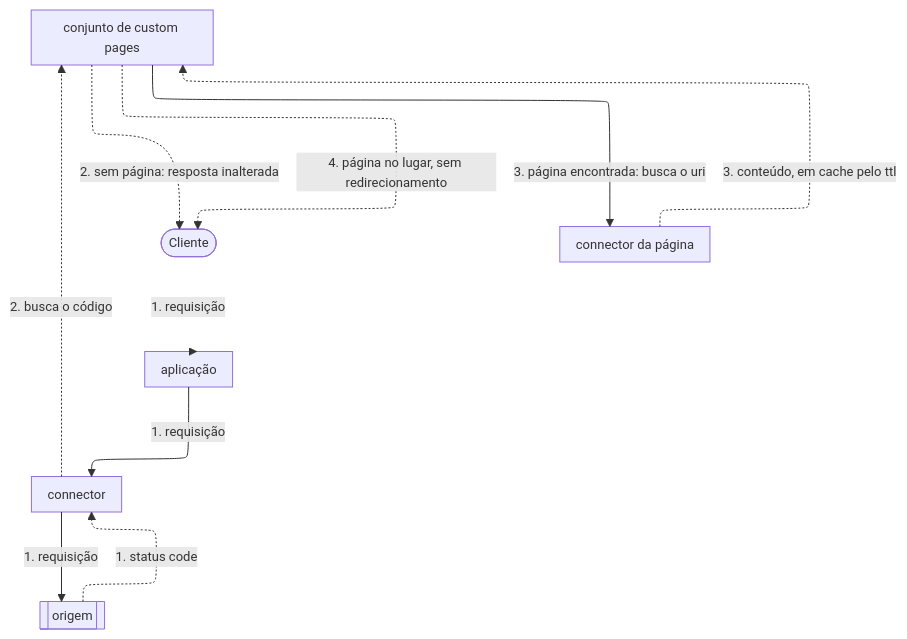
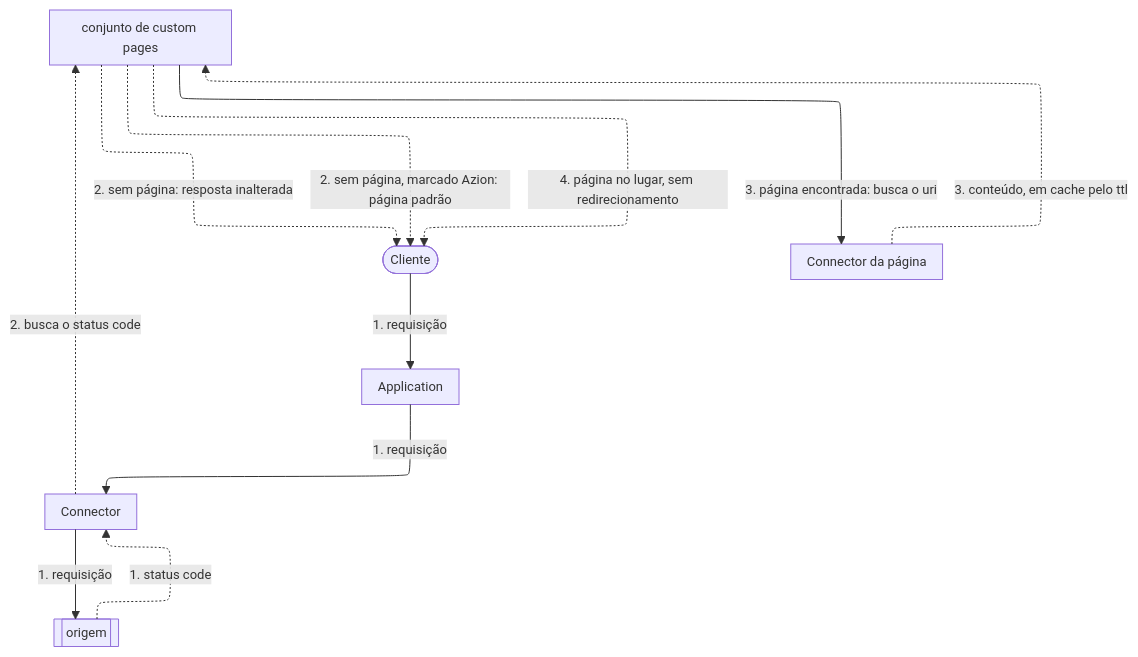
Before and after one commit to aziontech/docs: the fourth of 5 diagrams in apps/docs/src/content/docs/pt-br/pages/secure/workloads/como-funciona.mdx, drawn with Mermaid. The commit also changed other lines of this file and 1 other file, not shown here.

````diff
--- a/apps/docs/src/content/docs/pt-br/pages/secure/workloads/como-funciona.mdx
+++ b/apps/docs/src/content/docs/pt-br/pages/secure/workloads/como-funciona.mdx
@@ -238,19 +252,20 @@
 ```mermaid
 %%{init: {"layout": "elk", "elk": {"preset": "modelOrder", "keepEntryNodeOnTop": true}, "themeVariables": {"fontSize": "13px"}, "flowchart": {"nodeSpacing": 24, "rankSpacing": 36, "padding": 8, "wrappingWidth": 150, "useMaxWidth": true}, "sequence": {"width": 120, "actorMargin": 30, "useMaxWidth": true}}}%%
 flowchart TD
   Client(["Cliente"])
-  App["aplicação"]
-  Conn["connector"]
+  App["Application"]
+  Conn["Connector"]
   Origin[["origem"]]
   Set["conjunto de custom pages"]
-  PConn["connector da página"]
+  PConn["Connector da página"]
   Client -->|"1. requisição"| App
   App -->|"1. requisição"| Conn
   Conn -->|"1. requisição"| Origin
   Origin -.->|"1. status code"| Conn
-  Conn -.->|"2. busca o código"| Set
+  Conn -.->|"2. busca o status code"| Set
   Set -.->|"2. sem página: resposta inalterada"| Client
+  Set -.->|"2. sem página, marcado Azion: página padrão"| Client
   Set -->|"3. página encontrada: busca o uri"| PConn
   PConn -.->|"3. conteúdo, em cache pelo ttl"| Set
   Set -.->|"4. página no lugar, sem redirecionamento"| Client
 ```
````
